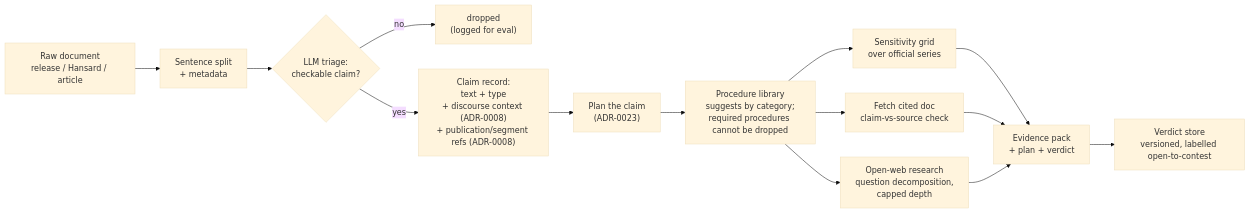
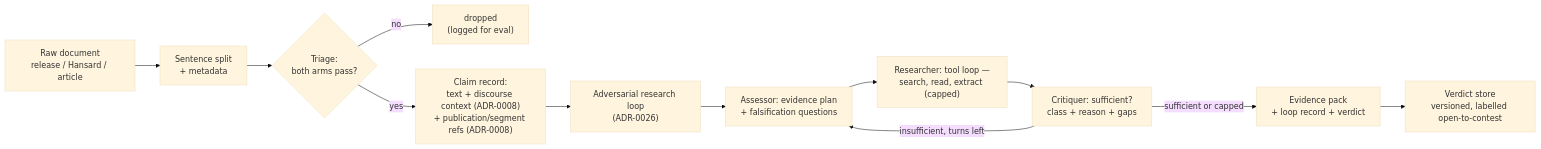
The second of 5 diagrams in docs/ARCHITECTURE.md (bradleyscott/claimwatch-nz), drawn with Mermaid (base theme) before and after one commit. The commit also changed other lines of this file and 28 other files, not shown here.

````diff
--- a/docs/ARCHITECTURE.md
+++ b/docs/ARCHITECTURE.md
@@ -83,16 +83,14 @@
 ```mermaid
 flowchart LR
     A["Raw document<br/>release / Hansard / article"] --> B["Sentence split<br/>+ metadata"]
-    B --> C{"LLM triage:<br/>checkable claim?"}
+    B --> C{"Triage:<br/>both arms pass?"}
     C -- "no" --> Z["dropped<br/>(logged for eval)"]
-    C -- "yes" --> D["Claim record:<br/>text + type<br/>+ discourse context (ADR-0008)<br/>+ publication/segment refs (ADR-0008)"]
-    D --> E["Plan the claim<br/>(ADR-0023)"]
-    E --> F["Procedure library<br/>suggests by category;<br/>required procedures cannot be dropped"]
-    F --> G["Sensitivity grid<br/>over official series"]
-    F --> H["Fetch cited doc<br/>claim-vs-source check"]
-    F --> I["Open-web research<br/>question decomposition,<br/>capped depth"]
-    G --> J["Evidence pack<br/>+ plan + verdict"]
-    H --> J
-    I --> J
+    C -- "yes" --> D["Claim record:<br/>text + discourse context (ADR-0008)<br/>+ publication/segment refs (ADR-0008)"]
+    D --> E["Adversarial research loop<br/>(ADR-0026)"]
+    E --> F["Assessor: evidence plan<br/>+ falsification questions"]
+    F --> G["Researcher: tool loop —<br/>search, read, extract (capped)"]
+    G --> H["Critiquer: sufficient?<br/>class + reason + gaps"]
+    H -- "insufficient, turns left" --> F
+    H -- "sufficient or capped" --> J["Evidence pack<br/>+ loop record + verdict"]
     J --> K["Verdict store<br/>versioned, labelled open-to-contest"]
 ```
````
